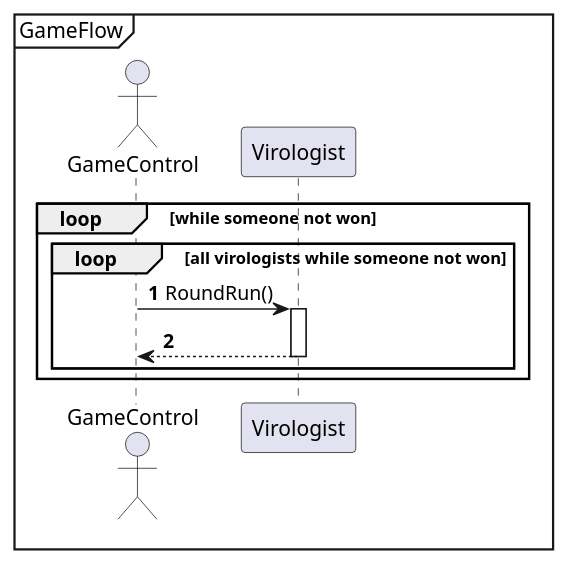
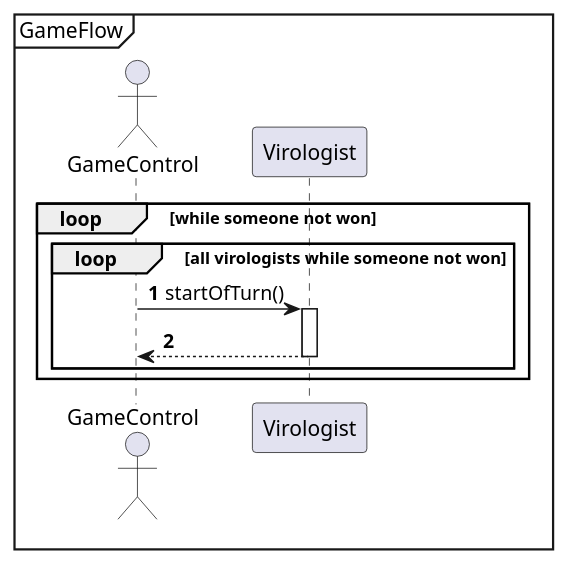
The diagram in sequence-diagram/RoundFlow/GameFlow.puml (Projlab-csb/projlab-virologus), drawn with PlantUML before and after one commit. The commit also changed 2 other files, not shown here.

```diff
--- a/sequence-diagram/RoundFlow/GameFlow.puml
+++ b/sequence-diagram/RoundFlow/GameFlow.puml
@@ -3,19 +3,19 @@
 @startuml
 'https://plantuml.com/sequence-diagram
 
 autonumber
 
 mainframe GameFlow
 
 actor GameControl
 loop while someone not won
     loop all virologists while someone not won
-        GameControl -> Virologist: RoundRun()
+        GameControl -> Virologist: startOfTurn()
         Activate Virologist
 
         Virologist-->GameControl
         Deactivate Virologist
     end
 end
 
 @enduml
```
